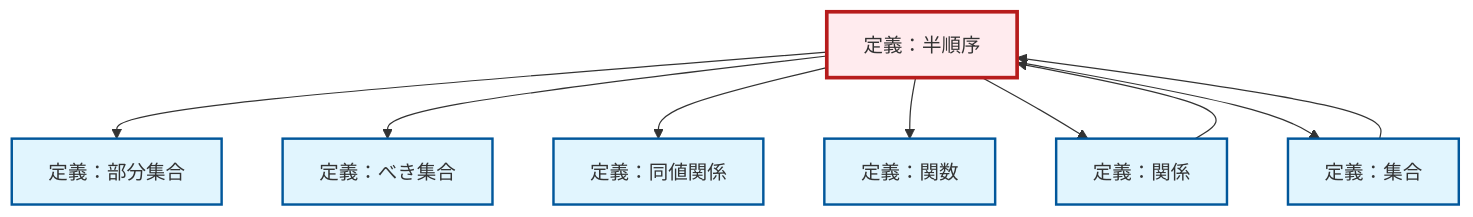
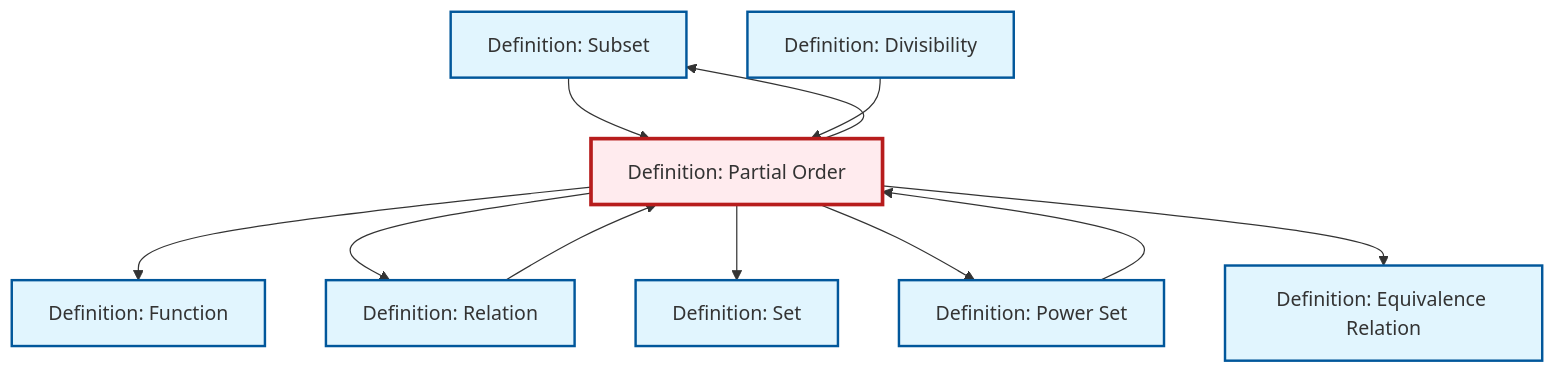
Before and after one commit to RK0429/ModernMath: the diagram in content/ja/logic-set-theory/def-partial-order.qmd, drawn with Mermaid. The commit also changed other lines of this file and 581 other files, not shown here.

````diff
--- a/content/ja/logic-set-theory/def-partial-order.qmd
+++ b/content/ja/logic-set-theory/def-partial-order.qmd
@@ -157,31 +157,35 @@
 ```{mermaid}
-%%| fig-cap: "依存関係グラフ"
+%%| fig-cap: "Local dependency graph"
 graph TD
     classDef definition fill:#e1f5fe,stroke:#01579b,stroke-width:2px
     classDef theorem fill:#f3e5f5,stroke:#4a148c,stroke-width:2px
     classDef axiom fill:#fff3e0,stroke:#e65100,stroke-width:2px
     classDef example fill:#e8f5e9,stroke:#1b5e20,stroke-width:2px
     classDef current fill:#ffebee,stroke:#b71c1c,stroke-width:3px
-    def-partial-order["定義：半順序"]:::definition
-    def-relation["定義：関係"]:::definition
-    def-set["定義：集合"]:::definition
-    def-subset["定義：部分集合"]:::definition
-    def-power-set["定義：べき集合"]:::definition
-    def-equivalence-relation["定義：同値関係"]:::definition
-    def-function["定義：関数"]:::definition
+    def-function["Definition: Function"]:::definition
+    def-subset["Definition: Subset"]:::definition
+    def-divisibility["Definition: Divisibility"]:::definition
+    def-equivalence-relation["Definition: Equivalence Relation"]:::definition
+    def-partial-order["Definition: Partial Order"]:::definition
+    def-power-set["Definition: Power Set"]:::definition
+    def-relation["Definition: Relation"]:::definition
+    def-set["Definition: Set"]:::definition
+    def-partial-order --> def-function
+    def-partial-order --> def-relation
     def-relation --> def-partial-order
-    def-set --> def-partial-order
+    def-subset --> def-partial-order
     def-partial-order --> def-subset
+    def-divisibility --> def-partial-order
+    def-power-set --> def-partial-order
+    def-partial-order --> def-set
     def-partial-order --> def-power-set
     def-partial-order --> def-equivalence-relation
-    def-partial-order --> def-function
-    def-partial-order --> def-relation
-    def-partial-order --> def-set
     class def-partial-order current
-    click def-relation "def-relation.html" "関係の定義へ"
-    click def-set "def-set.html" "集合の定義へ"
-    click def-subset "def-subset.html" "部分集合の定義へ"
-    click def-power-set "def-power-set.html" "べき集合の定義へ"
-    click def-equivalence-relation "def-equivalence-relation.html" "同値関係の定義へ"
-    click def-function "def-function.html" "関数の定義へ"
+    click def-function "def-function.html" "Definition: Functionへ"
+    click def-subset "def-subset.html" "Definition: Subsetへ"
+    click def-divisibility "def-divisibility.html" "Definition: Divisibilityへ"
+    click def-equivalence-relation "def-equivalence-relation.html" "Definition: Equivalence Relationへ"
+    click def-power-set "def-power-set.html" "Definition: Power Setへ"
+    click def-relation "def-relation.html" "Definition: Relationへ"
+    click def-set "def-set.html" "Definition: Setへ"
 ```
````
